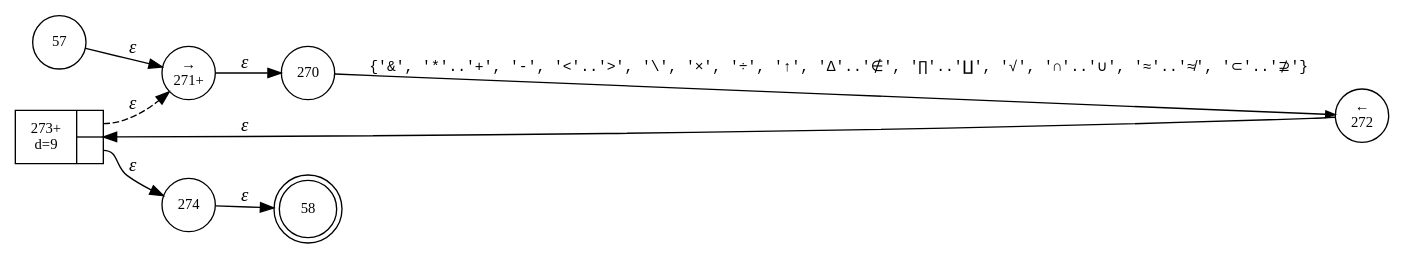
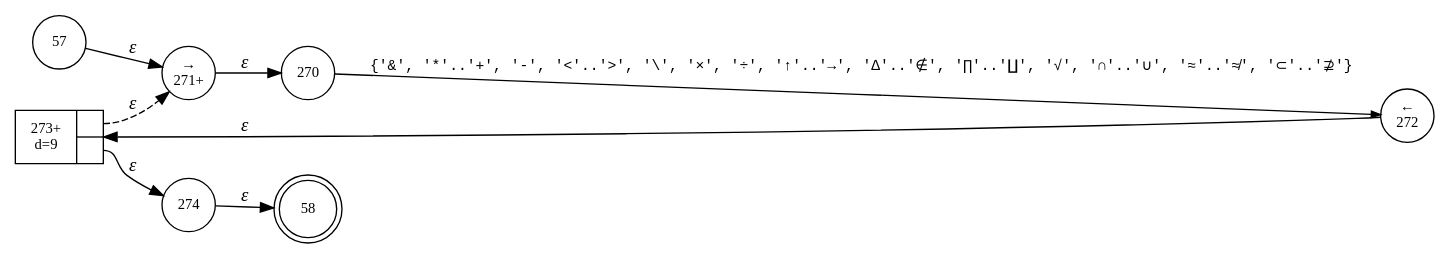
The diagram in internal/parser/BundLexer.CMD.dot (vulogov/Bund-old), drawn with Graphviz before and after one commit. The commit also changed 18 other files, not shown here.

```diff
--- a/internal/parser/BundLexer.CMD.dot
+++ b/internal/parser/BundLexer.CMD.dot
@@ -1,17 +1,17 @@
 digraph ATN {
 rankdir=LR;
 s58[fontsize=11, label="58", shape=doublecircle, fixedsize=true, width=.6];
 s272[fontsize=11,label="&larr;\n272", shape=circle, fixedsize=true, width=.55, peripheries=1];
 s273[fontsize=11,label="{273+\nd=9|{<p0>|<p1>}}", shape=record, fixedsize=false, peripheries=1];
 s274[fontsize=11,label="274", shape=circle, fixedsize=true, width=.55, peripheries=1];
 s57[fontsize=11,label="57", shape=circle, fixedsize=true, width=.55, peripheries=1];
 s270[fontsize=11,label="270", shape=circle, fixedsize=true, width=.55, peripheries=1];
 s271[fontsize=11,label="&rarr;\n271+", shape=circle, fixedsize=true, width=.55, peripheries=1];
 s57 -> s271 [fontname="Times-Italic", label="&epsilon;"];
 s271 -> s270 [fontname="Times-Italic", label="&epsilon;"];
-s270 -> s272 [fontsize=11, fontname="Courier", arrowsize=.7, label = "{'&', '*'..'+', '-', '<'..'>', '\\', '×', '÷', '↑', '∆'..'∉', '∏'..'∐', '√', '∩'..'∪', '≈'..'≉', '⊂'..'⊉'}", arrowhead = normal];
+s270 -> s272 [fontsize=11, fontname="Courier", arrowsize=.7, label = "{'&', '*'..'+', '-', '<'..'>', '\\', '×', '÷', '↑'..'→', '∆'..'∉', '∏'..'∐', '√', '∩'..'∪', '≈'..'≉', '⊂'..'⊉'}", arrowhead = normal];
 s272 -> s273 [fontname="Times-Italic", label="&epsilon;"];
 s273:p0 -> s271 [fontname="Times-Italic", label="&epsilon;", style="dashed"];
 s273:p1 -> s274 [fontname="Times-Italic", label="&epsilon;"];
 s274 -> s58 [fontname="Times-Italic", label="&epsilon;"];
 }
```
